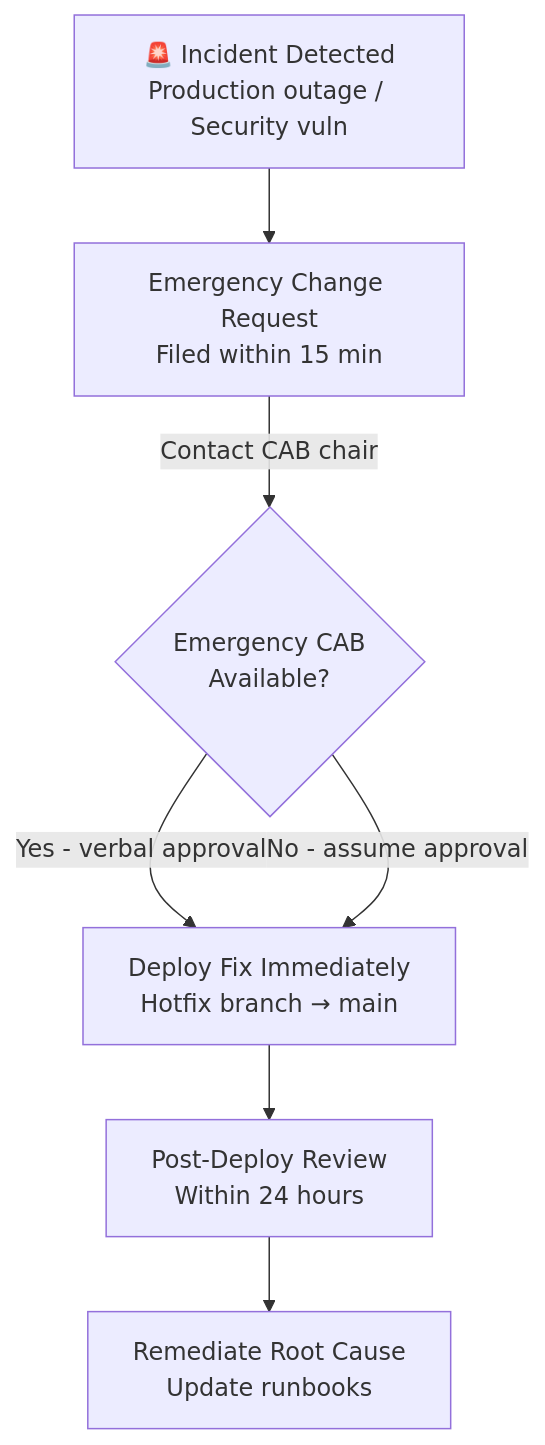
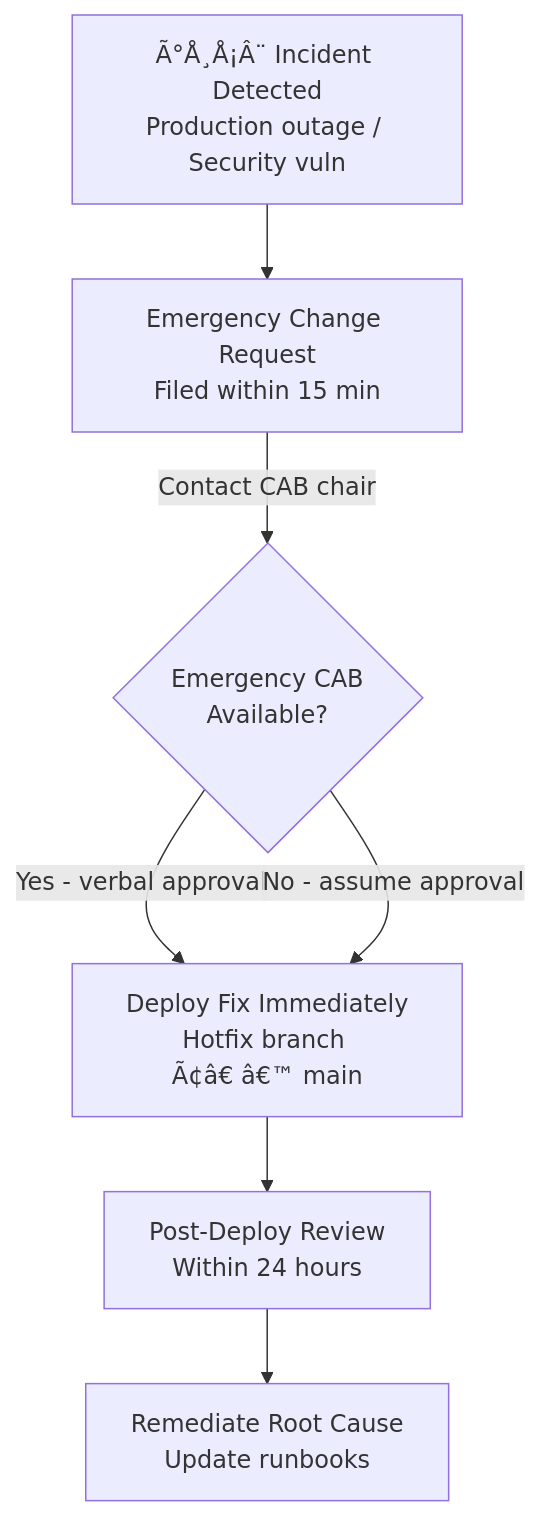
Before and after one commit to rohitkumarnaidu/Portfolio: the seventh of 9 diagrams in docs/12-devops/DEVOPS-ARCHITECTURE.md, drawn with Mermaid. The commit also changed other lines of this file and 343 other files, not shown here.

First line of the commit message:
docs: add Mermaid diagrams across 140+ files — 38% -> 70% coverage

````diff
--- a/docs/12-devops/DEVOPS-ARCHITECTURE.md
+++ b/docs/12-devops/DEVOPS-ARCHITECTURE.md
@@ -645,19 +645,19 @@
 ```mermaid
 flowchart TB
-    Incident["🚨 Incident Detected<br/>Production outage / Security vuln"]
+    Incident["Ã°Å¸Å¡Â¨ Incident Detected<br/>Production outage / Security vuln"]
     
     EMG["Emergency Change Request<br/>Filed within 15 min"]
     
     Approval{"Emergency CAB<br/>Available?"}
     
-    Deploy["Deploy Fix Immediately<br/>Hotfix branch → main"]
+    Deploy["Deploy Fix Immediately<br/>Hotfix branch Ã¢â€ â€™ main"]
     
     Post["Post-Deploy Review<br/>Within 24 hours"]
     
     Incident --> EMG
     EMG -->|Contact CAB chair| Approval
     Approval -->|Yes - verbal approval| Deploy
     Approval -->|No - assume approval| Deploy
     Deploy --> Post
     Post --> Remediate["Remediate Root Cause<br/>Update runbooks"]
 ```
````
